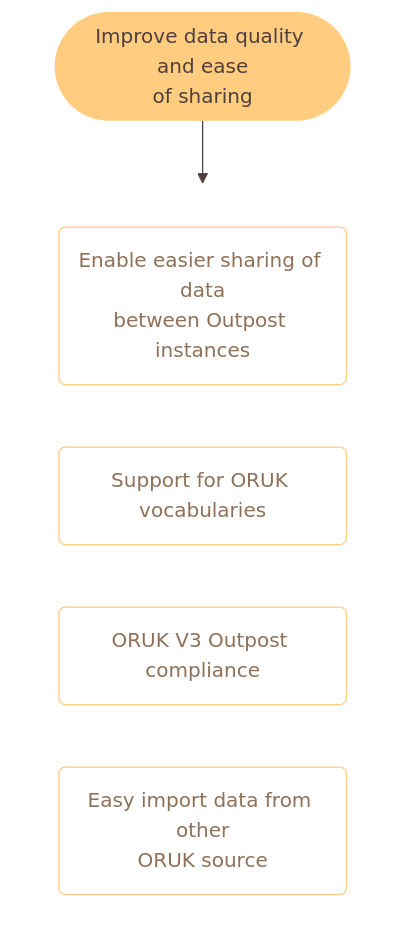
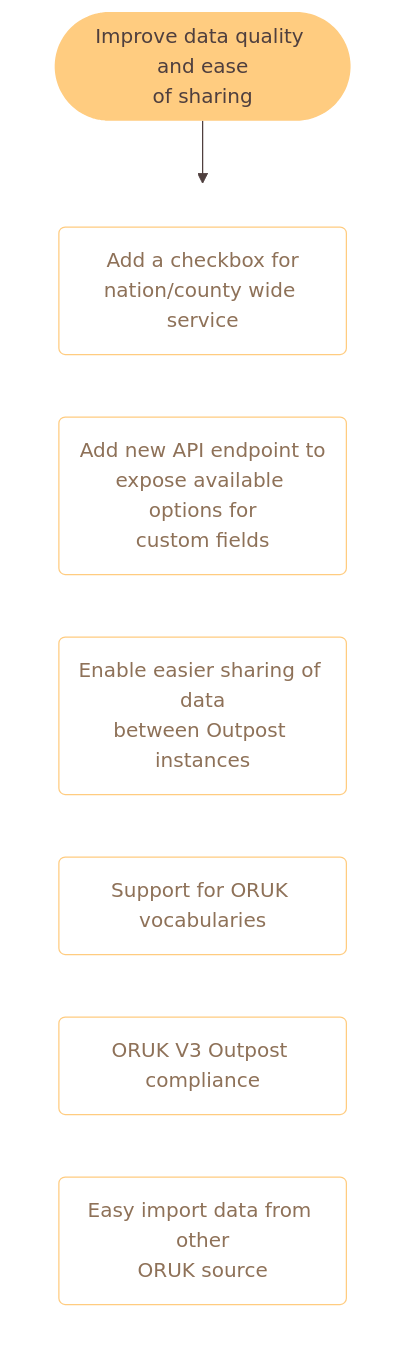
Before and after one commit to wearefuturegov/Outpost-Platform: the second of 6 diagrams in create-roadmap/ROADMAP.md, drawn with Mermaid. The commit also changed other lines of this file and 1 other file, not shown here.

Commit message:
update to the roadmap

````diff
--- a/create-roadmap/ROADMAP.md
+++ b/create-roadmap/ROADMAP.md
@@ -104,50 +104,54 @@
 ```mermaid
 %%{
 init:
 	{
 	"theme": "base",
 	"themeVariables":
 		{
 	      "primaryColor": "#b19f9a",
 	      "primaryTextColor": "#4f3f3e",
 	      "primaryBorderColor": "none",
 	      "lineColor": "#4f3f3e",
 	      "secondaryColor": "transparent",
 	      "tertiaryColor": "transparent"
 		},
 	"flowchart": {
 	  "curve": "linear"
         }
 	}
 }%%
 flowchart
 
 
     classDef ImproveDataQuality fill:#ffcc80,stroke:none
     classDef ImproveDataQualityTasks fill:#fff,stroke:#ffcc80,color:#8e7158
 
 
     %% Top level
 
 
     %% 2 Improve data quality
     ImproveDataQuality([Improve data quality and ease<br />of sharing]):::ImproveDataQuality
 
         %% 2.0_ Improve data quality and ease of sharing - tasks
 
     subgraph ImproveDataQualityTasks[ ]
-     ImproveDataQualityTask0("Enable easier sharing of data<br />between Outpost instances<br />"):::ImproveDataQualityTasks
-     click ImproveDataQualityTask0 href "https://github.com/wearefuturegov/Outpost-Platform/issues/17"
-     ImproveDataQualityTask1("Support for ORUK vocabularies<br />"):::ImproveDataQualityTasks
-     click ImproveDataQualityTask1 href "https://github.com/wearefuturegov/Outpost-Platform/issues/16"
-     ImproveDataQualityTask2("ORUK V3 Outpost compliance<br />"):::ImproveDataQualityTasks
-     click ImproveDataQualityTask2 href "https://github.com/wearefuturegov/Outpost-Platform/issues/15"
-     ImproveDataQualityTask3("Easy import data from other<br />ORUK source<br />"):::ImproveDataQualityTasks
-     click ImproveDataQualityTask3 href "https://github.com/wearefuturegov/Outpost-Platform/issues/14"
+     ImproveDataQualityTask0("Add a checkbox for<br />nation/county wide service<br />"):::ImproveDataQualityTasks
+     click ImproveDataQualityTask0 href "https://github.com/wearefuturegov/Outpost-Platform/issues/96"
+     ImproveDataQualityTask1("Add new API endpoint to<br />expose available options for<br />custom fields<br />"):::ImproveDataQualityTasks
+     click ImproveDataQualityTask1 href "https://github.com/wearefuturegov/Outpost-Platform/issues/90"
+     ImproveDataQualityTask2("Enable easier sharing of data<br />between Outpost instances<br />"):::ImproveDataQualityTasks
+     click ImproveDataQualityTask2 href "https://github.com/wearefuturegov/Outpost-Platform/issues/17"
+     ImproveDataQualityTask3("Support for ORUK vocabularies<br />"):::ImproveDataQualityTasks
+     click ImproveDataQualityTask3 href "https://github.com/wearefuturegov/Outpost-Platform/issues/16"
+     ImproveDataQualityTask4("ORUK V3 Outpost compliance<br />"):::ImproveDataQualityTasks
+     click ImproveDataQualityTask4 href "https://github.com/wearefuturegov/Outpost-Platform/issues/15"
+     ImproveDataQualityTask5("Easy import data from other<br />ORUK source<br />"):::ImproveDataQualityTasks
+     click ImproveDataQualityTask5 href "https://github.com/wearefuturegov/Outpost-Platform/issues/14"
     end
 
 
 
     ImproveDataQuality --> ImproveDataQualityTasks
 
 ```
````
